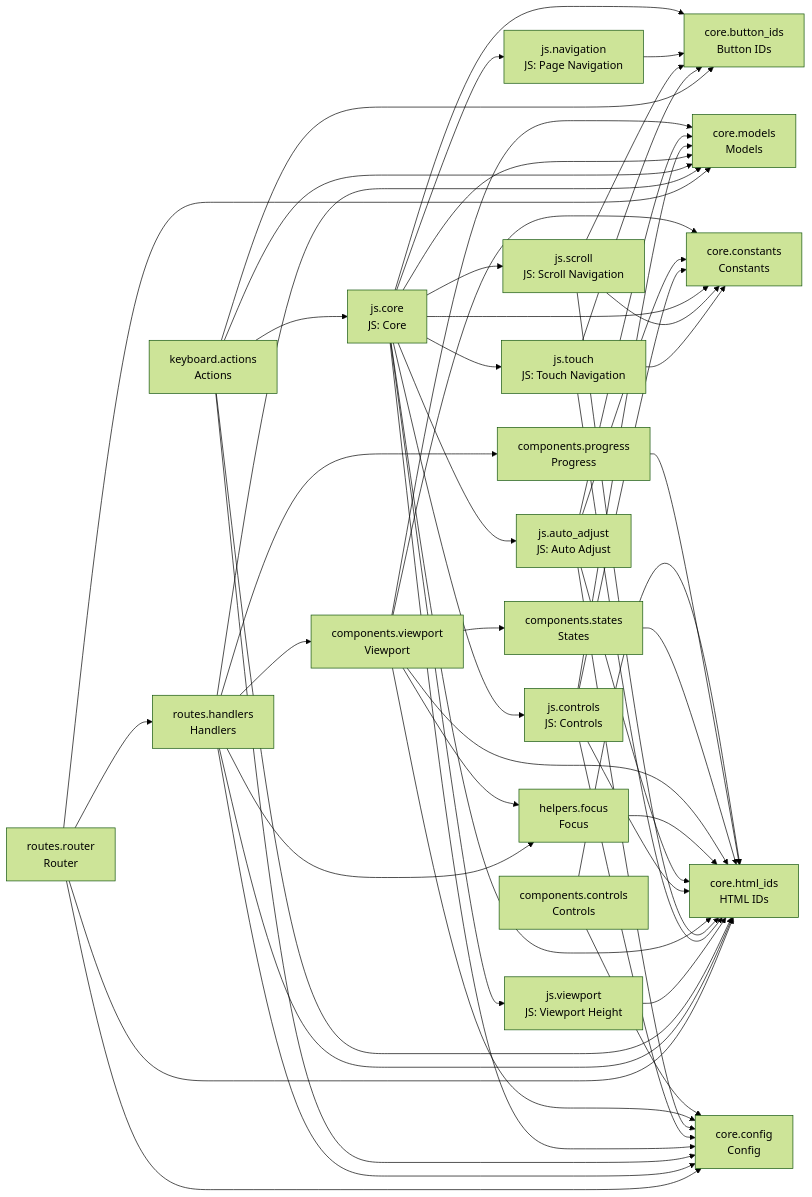
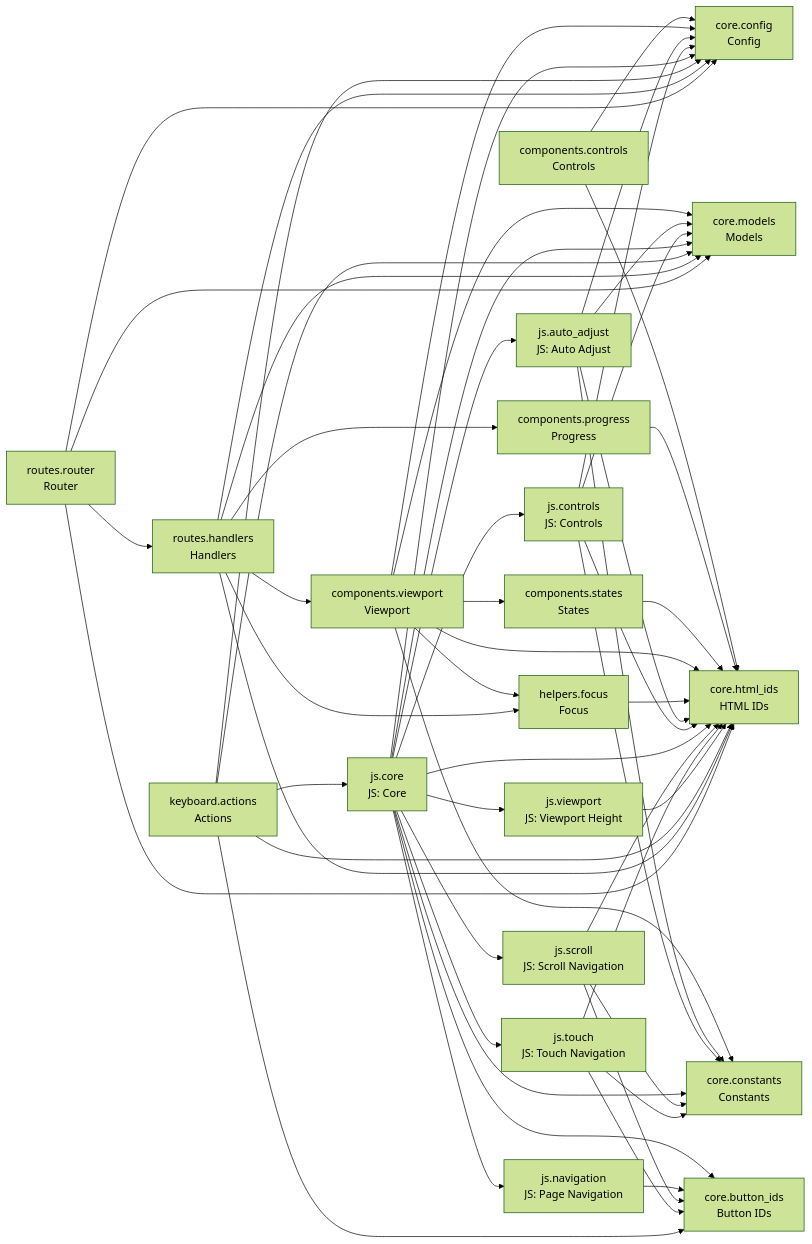
Before and after one commit to cj-mills/cjm-fasthtml-card-stack: the diagram in README.md, drawn with Mermaid (forest theme). The commit also changed other lines of this file and 7 other files, not shown here.

Commit message:
Activate keyboard zone on scrollbar, mousewheel, and touch interaction so non-active card stacks gain focus before navigation.

````diff
--- a/README.md
+++ b/README.md
@@ -46,77 +46,77 @@
 ``` mermaid
 graph LR
     components_controls[components.controls<br/>Controls]
     components_progress[components.progress<br/>Progress]
     components_states[components.states<br/>States]
     components_viewport[components.viewport<br/>Viewport]
     core_button_ids[core.button_ids<br/>Button IDs]
     core_config[core.config<br/>Config]
     core_constants[core.constants<br/>Constants]
     core_html_ids[core.html_ids<br/>HTML IDs]
     core_models[core.models<br/>Models]
     helpers_focus[helpers.focus<br/>Focus]
     js_auto_adjust[js.auto_adjust<br/>JS: Auto Adjust]
     js_controls[js.controls<br/>JS: Controls]
     js_core[js.core<br/>JS: Core]
     js_navigation[js.navigation<br/>JS: Page Navigation]
     js_scroll[js.scroll<br/>JS: Scroll Navigation]
     js_touch[js.touch<br/>JS: Touch Navigation]
     js_viewport[js.viewport<br/>JS: Viewport Height]
     keyboard_actions[keyboard.actions<br/>Actions]
     routes_handlers[routes.handlers<br/>Handlers]
     routes_router[routes.router<br/>Router]
 
+    components_controls --> core_config
     components_controls --> core_html_ids
-    components_controls --> core_config
     components_progress --> core_html_ids
     components_states --> core_html_ids
-    components_viewport --> core_html_ids
     components_viewport --> core_config
     components_viewport --> core_models
+    components_viewport --> core_html_ids
+    components_viewport --> helpers_focus
     components_viewport --> core_constants
     components_viewport --> components_states
-    components_viewport --> helpers_focus
     helpers_focus --> core_html_ids
+    js_auto_adjust --> core_models
+    js_auto_adjust --> core_constants
     js_auto_adjust --> core_config
-    js_auto_adjust --> core_constants
-    js_auto_adjust --> core_models
     js_auto_adjust --> core_html_ids
-    js_controls --> core_config
     js_controls --> core_constants
     js_controls --> core_models
+    js_controls --> core_config
     js_controls --> core_html_ids
-    js_core --> core_constants
-    js_core --> js_auto_adjust
-    js_core --> js_touch
+    js_core --> core_config
+    js_core --> core_button_ids
+    js_core --> js_controls
+    js_core --> core_models
     js_core --> js_navigation
     js_core --> core_html_ids
-    js_core --> core_button_ids
-    js_core --> js_controls
-    js_core --> core_config
-    js_core --> core_models
     js_core --> js_viewport
+    js_core --> core_constants
     js_core --> js_scroll
+    js_core --> js_touch
+    js_core --> js_auto_adjust
     js_navigation --> core_button_ids
     js_scroll --> core_constants
     js_scroll --> core_html_ids
     js_scroll --> core_button_ids
     js_touch --> core_constants
     js_touch --> core_html_ids
     js_touch --> core_button_ids
     js_viewport --> core_html_ids
+    keyboard_actions --> core_config
+    keyboard_actions --> core_button_ids
     keyboard_actions --> core_html_ids
-    keyboard_actions --> core_button_ids
-    keyboard_actions --> core_config
+    keyboard_actions --> core_models
     keyboard_actions --> js_core
-    keyboard_actions --> core_models
-    routes_handlers --> core_html_ids
     routes_handlers --> core_config
     routes_handlers --> components_viewport
+    routes_handlers --> helpers_focus
     routes_handlers --> components_progress
     routes_handlers --> core_models
-    routes_handlers --> helpers_focus
+    routes_handlers --> core_html_ids
+    routes_router --> core_config
+    routes_router --> core_models
+    routes_router --> routes_handlers
     routes_router --> core_html_ids
-    routes_router --> core_config
-    routes_router --> routes_handlers
-    routes_router --> core_models
 ```
````
